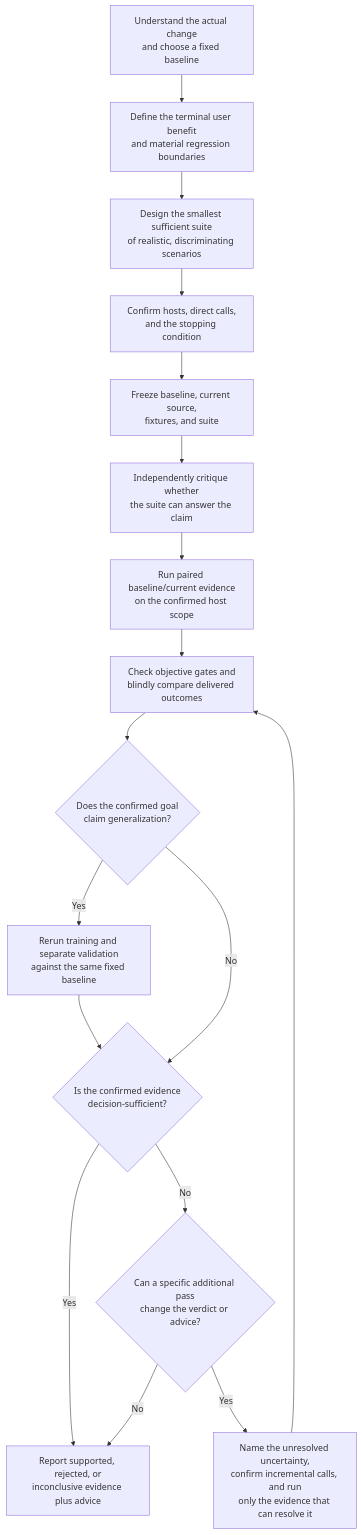
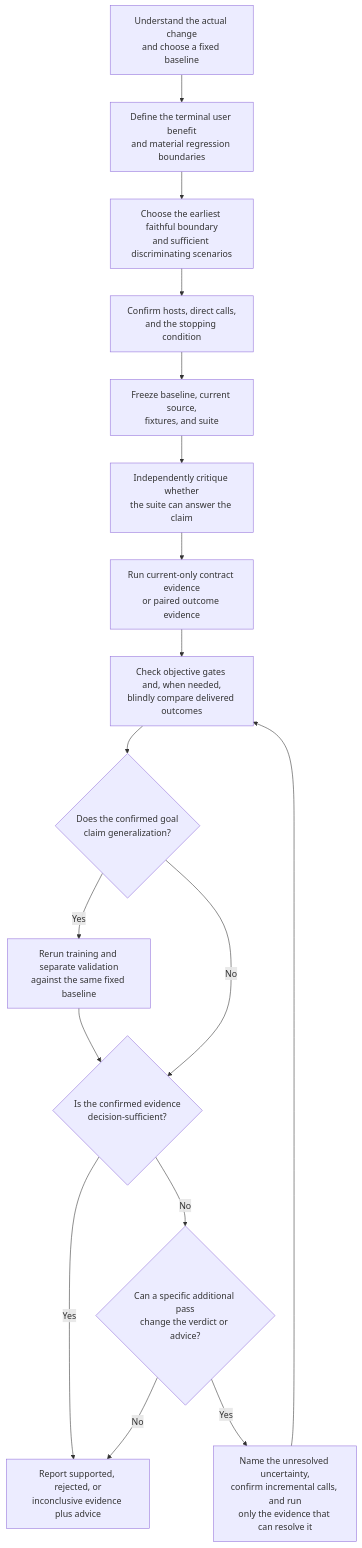
The diagram in README.md (tmchow/skill-eval), drawn with Mermaid before and after one commit. The commit also changed other lines of this file, not shown here.

````diff
--- a/README.md
+++ b/README.md
@@ -174,25 +184,25 @@
 ```mermaid
 flowchart TD
     A["Understand the actual change<br/>and choose a fixed baseline"]
     B["Define the terminal user benefit<br/>and material regression boundaries"]
-    C["Design the smallest sufficient suite<br/>of realistic, discriminating scenarios"]
+    C["Choose the earliest faithful boundary<br/>and sufficient discriminating scenarios"]
     D["Confirm hosts, direct calls,<br/>and the stopping condition"]
     E["Freeze baseline, current source,<br/>fixtures, and suite"]
     F["Independently critique whether<br/>the suite can answer the claim"]
-    G["Run paired baseline/current evidence<br/>on the confirmed host scope"]
-    H["Check objective gates and<br/>blindly compare delivered outcomes"]
+    G["Run current-only contract evidence<br/>or paired outcome evidence"]
+    H["Check objective gates and, when needed,<br/>blindly compare delivered outcomes"]
     I{"Does the confirmed goal<br/>claim generalization?"}
     J["Rerun training and separate validation<br/>against the same fixed baseline"]
     K{"Is the confirmed evidence<br/>decision-sufficient?"}
     L["Report supported, rejected, or<br/>inconclusive evidence plus advice"]
     M{"Can a specific additional pass<br/>change the verdict or advice?"}
     N["Name the unresolved uncertainty,<br/>confirm incremental calls, and run<br/>only the evidence that can resolve it"]
 
     A --> B --> C --> D --> E --> F --> G --> H --> I
     I -->|Yes| J --> K
     I -->|No| K
     K -->|Yes| L
     K -->|No| M
     M -->|No| L
     M -->|Yes| N --> H
 ```
````
